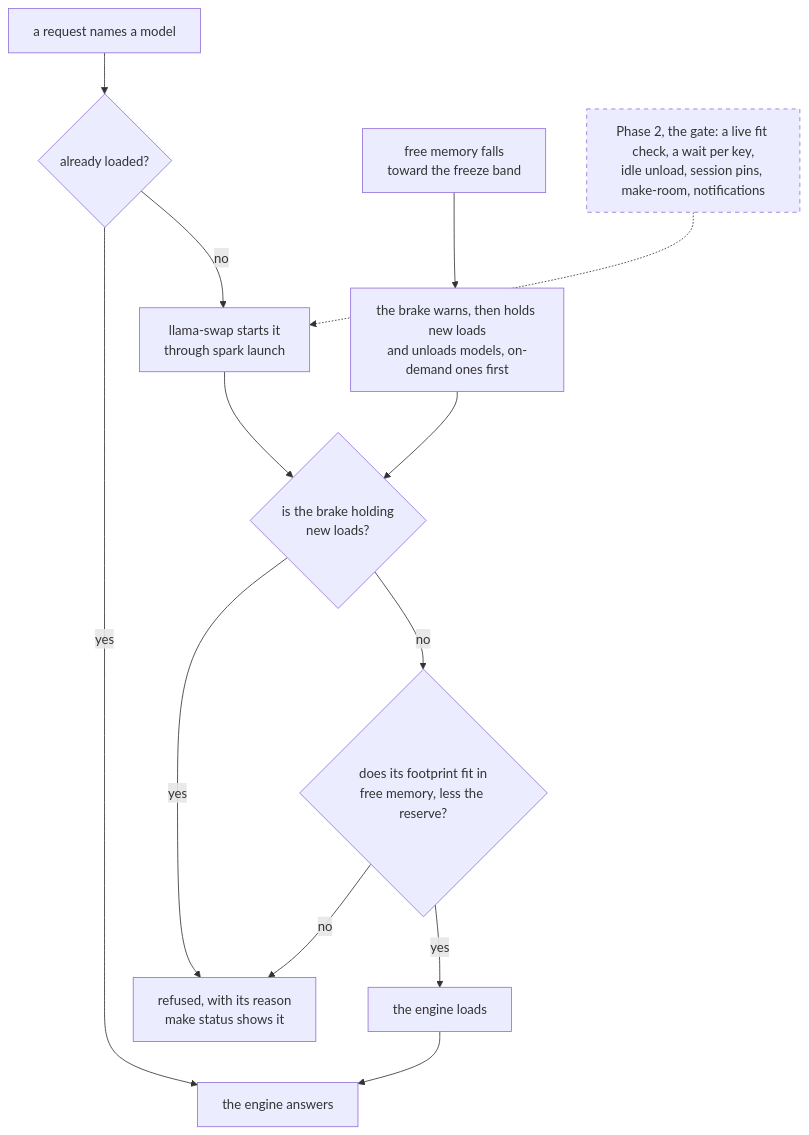
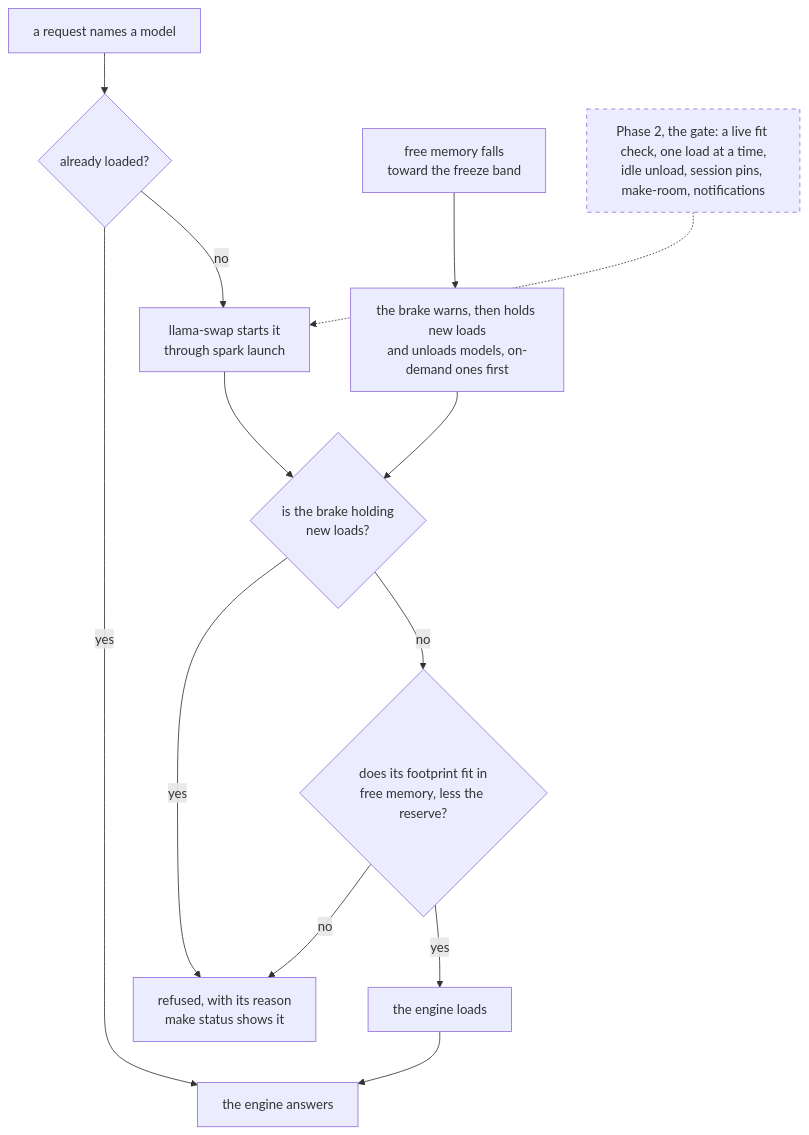
The third of 4 diagrams in website/architecture.qmd (chendaniely/local-ai), drawn with Mermaid before and after one commit. The commit also changed other lines of this file and 3 other files, not shown here.

First line of the commit message:
docs(plan): 🤖 diagrams live on the Architecture page, kept true first

````diff
--- a/website/architecture.qmd
+++ b/website/architecture.qmd
@@ -119,17 +121,17 @@
 ```{mermaid}
 flowchart TD
   classDef planned stroke-dasharray: 5 5
 
   req["a request names a model"] --> loaded{"already loaded?"}
   loaded -- yes --> answer["the engine answers"]
   loaded -- no --> launch["llama-swap starts it<br/>through spark launch"]
   launch --> held{"is the brake holding<br/>new loads?"}
   held -- yes --> refuse["refused, with its reason<br/>make status shows it"]
   held -- no --> fits{"does its footprint fit in<br/>free memory, less the reserve?"}
   fits -- no --> refuse
   fits -- yes --> load["the engine loads"] --> answer
   low["free memory falls<br/>toward the freeze band"] --> brake["the brake warns, then holds new loads<br/>and unloads models, on-demand ones first"]
   brake --> held
-  gate["Phase 2, the gate: a live fit check, a wait per key,<br/>idle unload, session pins, make-room, notifications"]:::planned
+  gate["Phase 2, the gate: a live fit check, one load at a time,<br/>idle unload, session pins, make-room, notifications"]:::planned
   gate -.-> launch
 ```
````
